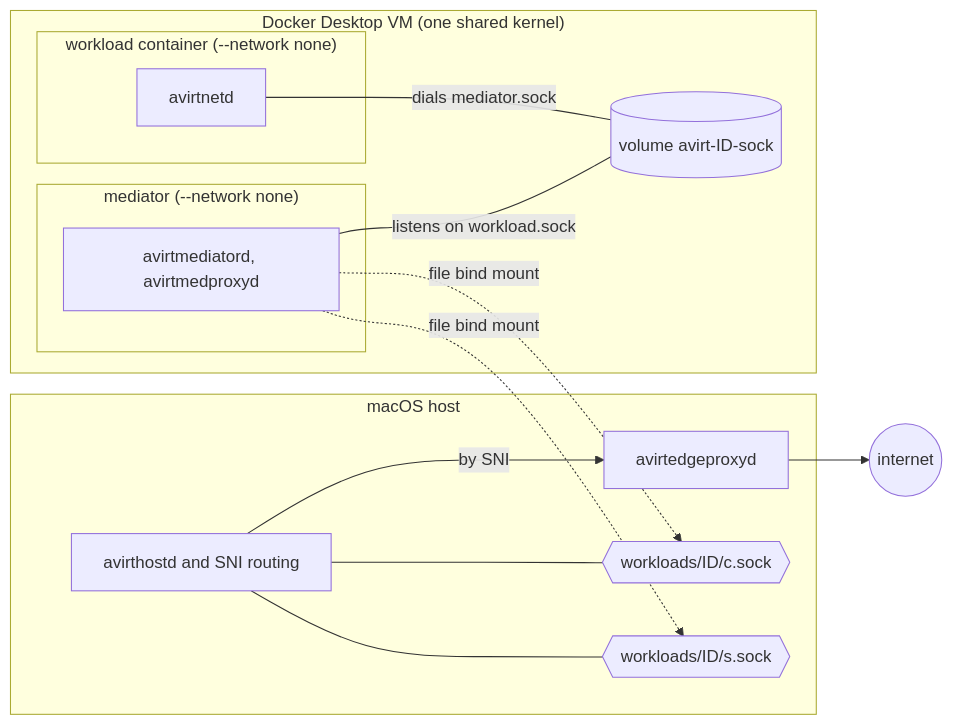
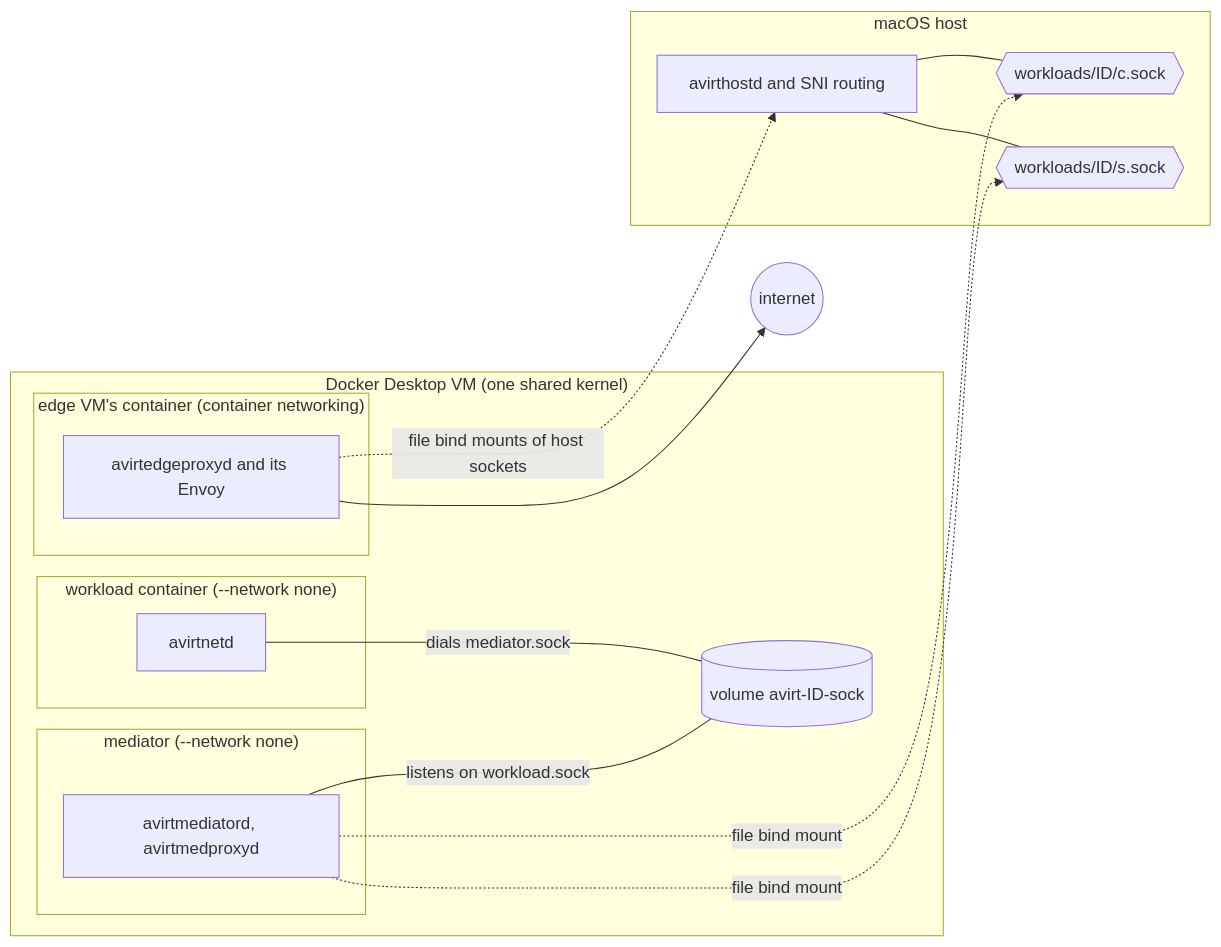
One commit to tbhb-dev/avirt changed the second of 2 diagrams in docs/compute-runtimes.md. Above: the diagram before and after it, drawn with Mermaid. The commit also changed other lines of this file and 23 other files, not shown here.

First line of the commit message:
docs: run the edge proxy in an edge VM with Linux-only Envoy

````diff
--- a/docs/compute-runtimes.md
+++ b/docs/compute-runtimes.md
@@ -167,26 +172,28 @@
 ```mermaid
 flowchart LR
     subgraph mac["macOS host"]
         hostd["avirthostd and SNI routing"]
-        fd["avirtedgeproxyd"]
         csock{{"workloads/ID/c.sock"}}
         ssock{{"workloads/ID/s.sock"}}
         hostd --- csock
         hostd --- ssock
-        hostd -->|"by SNI"| fd
     end
     subgraph vm["Docker Desktop VM (one shared kernel)"]
+        subgraph edge["edge VM's container (container networking)"]
+            fd["avirtedgeproxyd and its Envoy"]
+        end
         subgraph wl["workload container (--network none)"]
             net["avirtnetd"]
         end
         vol[("volume avirt-ID-sock")]
         subgraph med["mediator (--network none)"]
             s["avirtmediatord, avirtmedproxyd"]
         end
         net ---|"dials mediator.sock"| vol
         s ---|"listens on workload.sock"| vol
     end
     s -.->|"file bind mount"| csock
     s -.->|"file bind mount"| ssock
+    fd -.->|"file bind mounts of host sockets"| hostd
     fd --> inet(("internet"))
 ```
````
